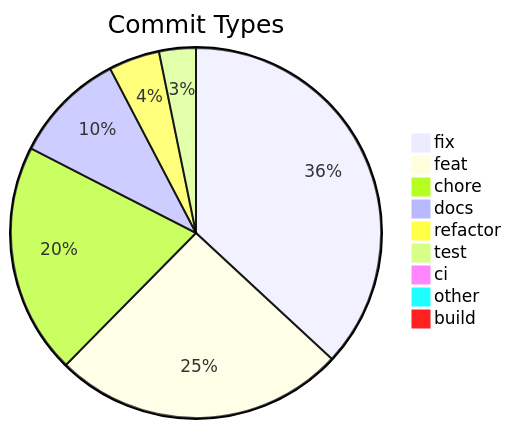
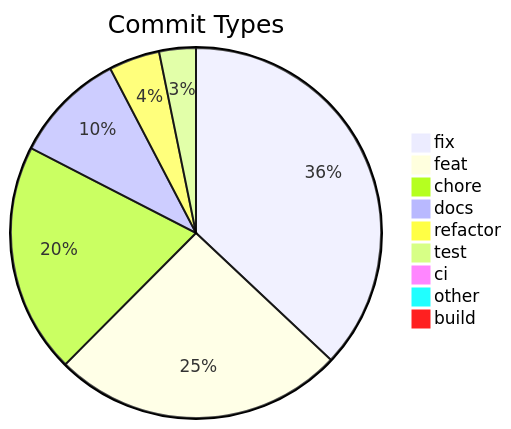
The diagram in .shipwright/compliance/change-history.md (svenroth-ai/shipwright-webui), drawn with Mermaid before and after one commit. The commit also changed other lines of this file and 23 other files, not shown here.

````diff
--- a/.shipwright/compliance/change-history.md
+++ b/.shipwright/compliance/change-history.md
@@ -8,12 +8,12 @@
 ```mermaid
 pie title Commit Types
-    "fix" : 207
+    "fix" : 208
     "feat" : 143
     "chore" : 113
     "docs" : 55
     "refactor" : 25
     "test" : 18
     "ci" : 5
     "other" : 4
     "build" : 1
 ```
````
